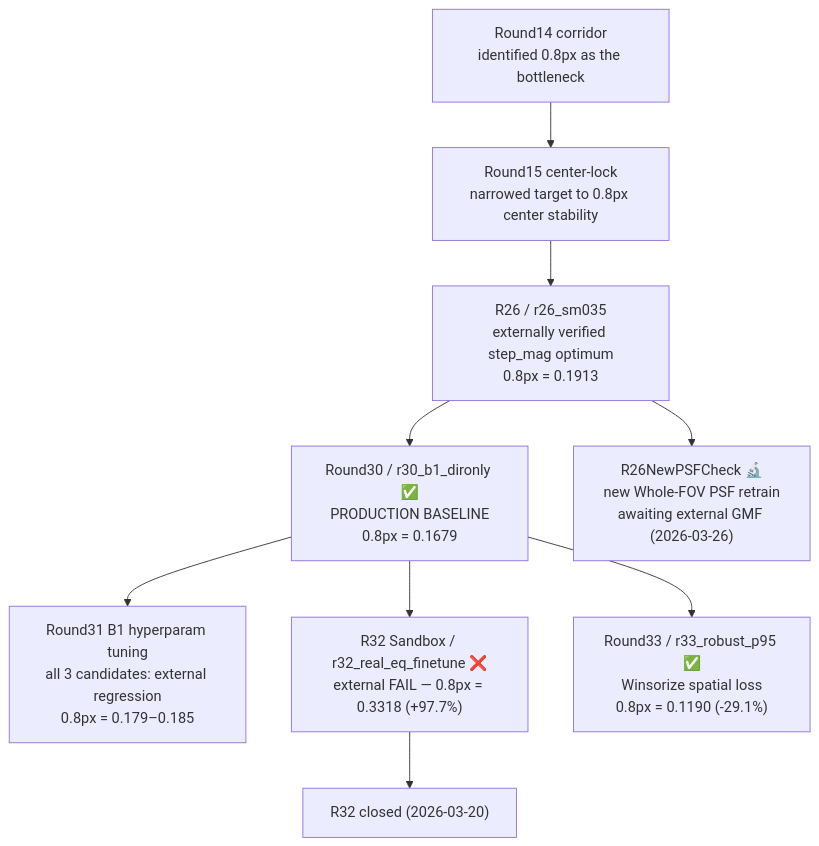
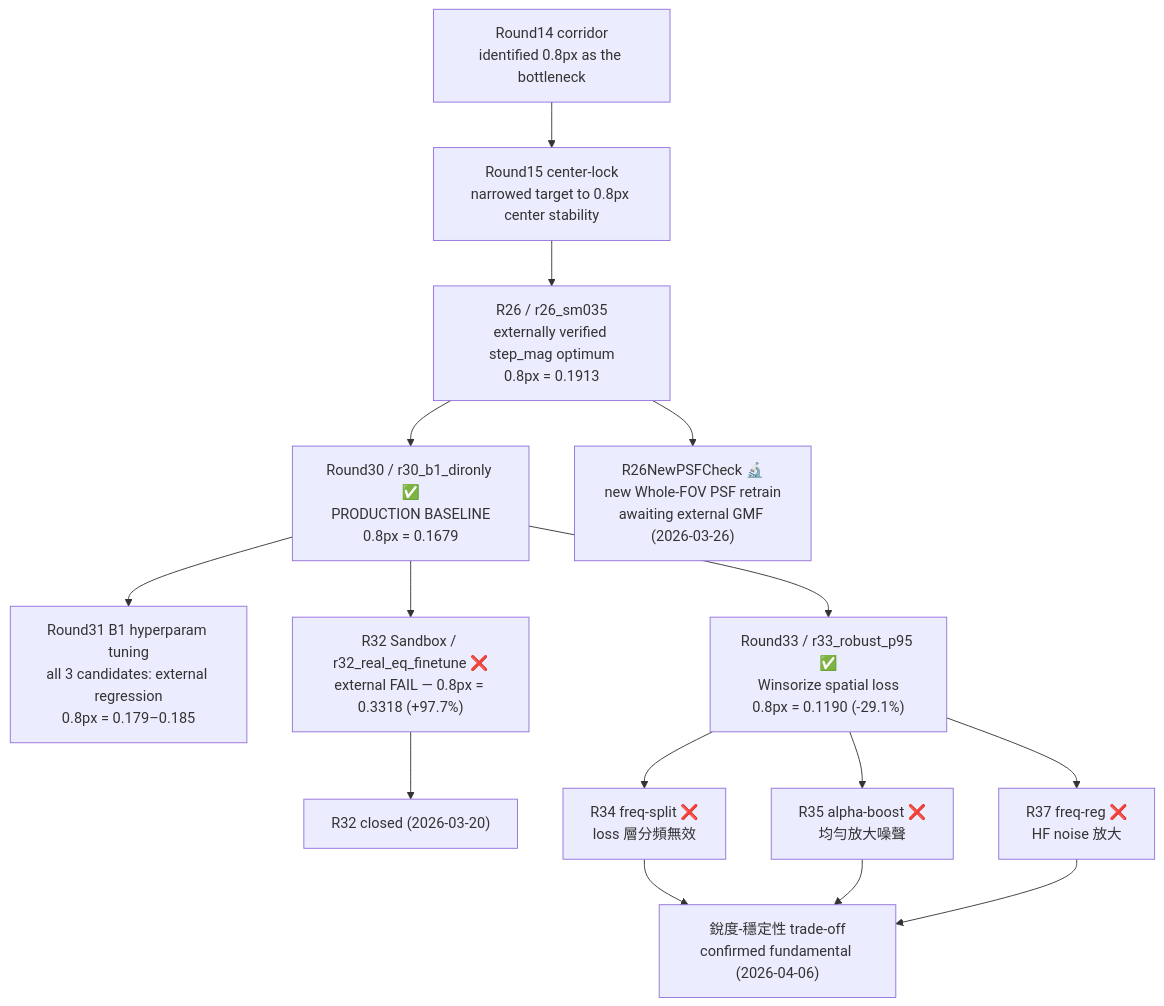
Before and after one commit to rio10255254/GMM_2_Final: the diagram in docs/analysis/RESEARCH_PATHS.md, drawn with Mermaid. The commit also changed other lines of this file and 6 other files, not shown here.

````diff
--- a/docs/analysis/RESEARCH_PATHS.md
+++ b/docs/analysis/RESEARCH_PATHS.md
@@ -8,11 +8,17 @@
 ```mermaid
 flowchart TD
     R14["Round14 corridor<br/>identified 0.8px as the bottleneck"] --> R15["Round15 center-lock<br/>narrowed target to 0.8px center stability"]
     R15 --> R26["R26 / r26_sm035<br/>externally verified step_mag optimum<br/>0.8px = 0.1913"]
     R26 --> R30["Round30 / r30_b1_dironly ✅<br/>PRODUCTION BASELINE<br/>0.8px = 0.1679"]
     R30 --> R31["Round31 B1 hyperparam tuning<br/>all 3 candidates: external regression<br/>0.8px = 0.179–0.185"]
     R30 --> R32["R32 Sandbox / r32_real_eq_finetune ❌<br/>external FAIL — 0.8px = 0.3318 (+97.7%)"]
     R32 --> CLOSED["R32 closed (2026-03-20)"]
     R26 --> R26PSF["R26NewPSFCheck 🔬<br/>new Whole-FOV PSF retrain<br/>awaiting external GMF (2026-03-26)"]
     R30 --> R33["Round33 / r33_robust_p95 ✅<br/>Winsorize spatial loss<br/>0.8px = 0.1190 (-29.1%)"]
+    R33 --> R34["R34 freq-split ❌<br/>loss 層分頻無效"]
+    R33 --> R35["R35 alpha-boost ❌<br/>均勻放大噪聲"]
+    R33 --> R37["R37 freq-reg ❌<br/>HF noise 放大"]
+    R34 --> TRADEOFF["銳度-穩定性 trade-off<br/>confirmed fundamental (2026-04-06)"]
+    R35 --> TRADEOFF
+    R37 --> TRADEOFF
 ```
````
